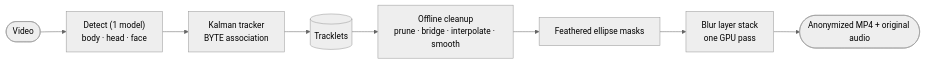
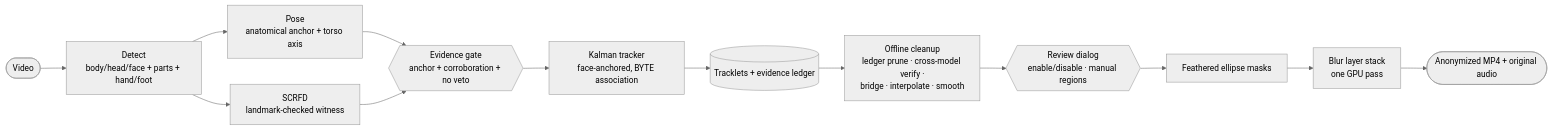
One commit to kabir0st/automated-video-privacy-pipeline changed the diagram in README.md. Above: the diagram before and after it, drawn with Mermaid (neutral theme). The commit also changed other lines of this file and 7 other files, not shown here.

First line of the commit message:
feat: Implement review functionality for tracklets

````diff
--- a/README.md
+++ b/README.md
@@ -58,10 +84,15 @@
 ```mermaid
 flowchart LR
-    A([Video]) --> B["Detect (1 model)<br/>body · head · face"]
-    B --> C[Kalman tracker<br/>BYTE association]
-    C --> D[("Tracklets")]
-    D --> E["Offline cleanup<br/>prune · bridge · interpolate · smooth"]
-    E --> F[Feathered ellipse masks]
-    F --> G[Blur layer stack<br/>one GPU pass]
-    G --> H([Anonymized MP4 + original audio])
+    A([Video]) --> B["Detect<br/>body/head/face + parts + hand/foot"]
+    B --> C["Pose<br/>anatomical anchor + torso axis"]
+    B --> D["SCRFD<br/>landmark-checked witness"]
+    C --> E{{"Evidence gate<br/>anchor + corroboration + no veto"}}
+    D --> E
+    E --> F[Kalman tracker<br/>face-anchored, BYTE association]
+    F --> G[("Tracklets + evidence ledger")]
+    G --> H["Offline cleanup<br/>ledger prune · cross-model verify ·<br/>bridge · interpolate · smooth"]
+    H --> I{{"Review dialog<br/>enable/disable · manual regions"}}
+    I --> J[Feathered ellipse masks]
+    J --> K[Blur layer stack<br/>one GPU pass]
+    K --> L([Anonymized MP4 + original audio])
 ```
````
